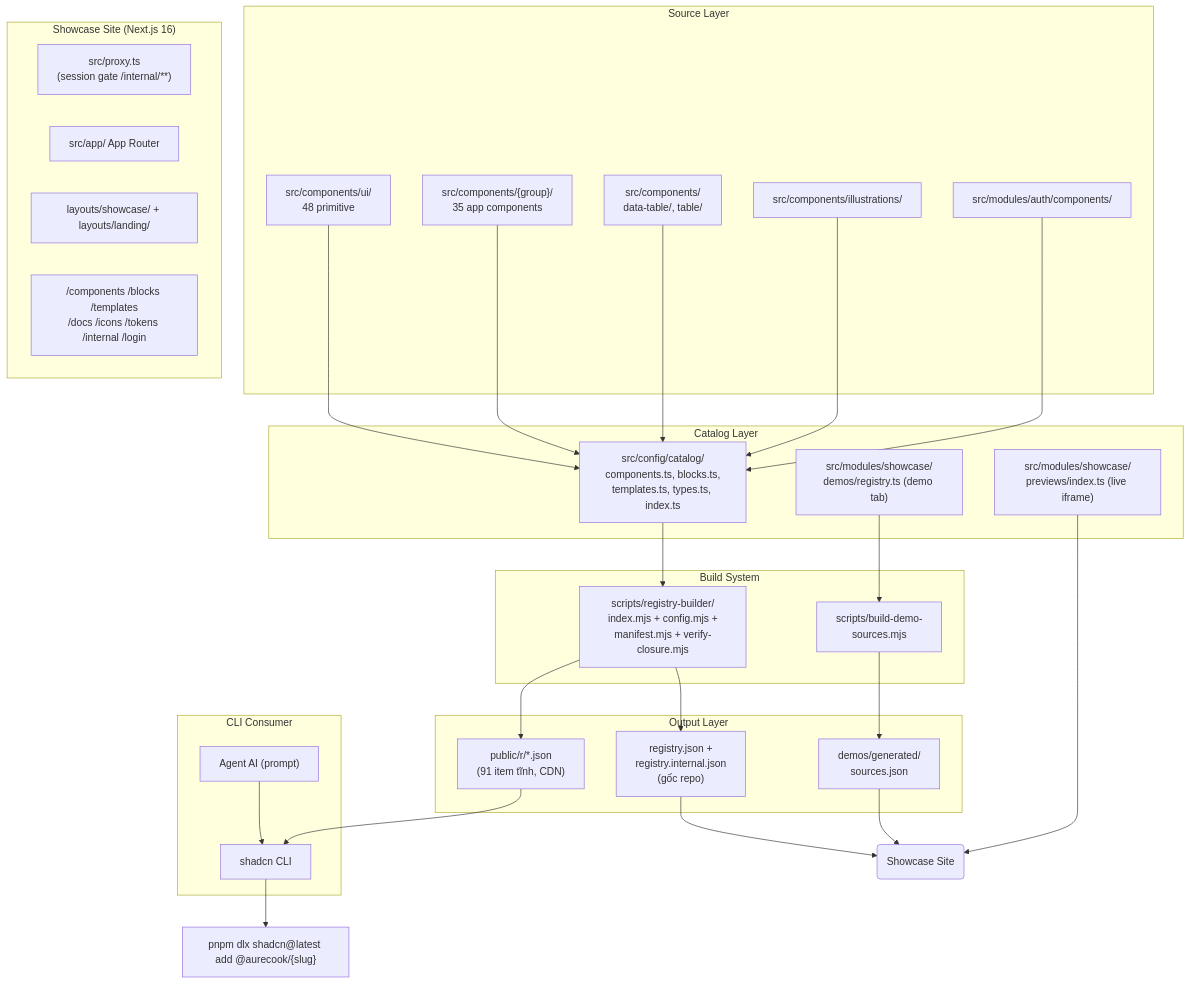
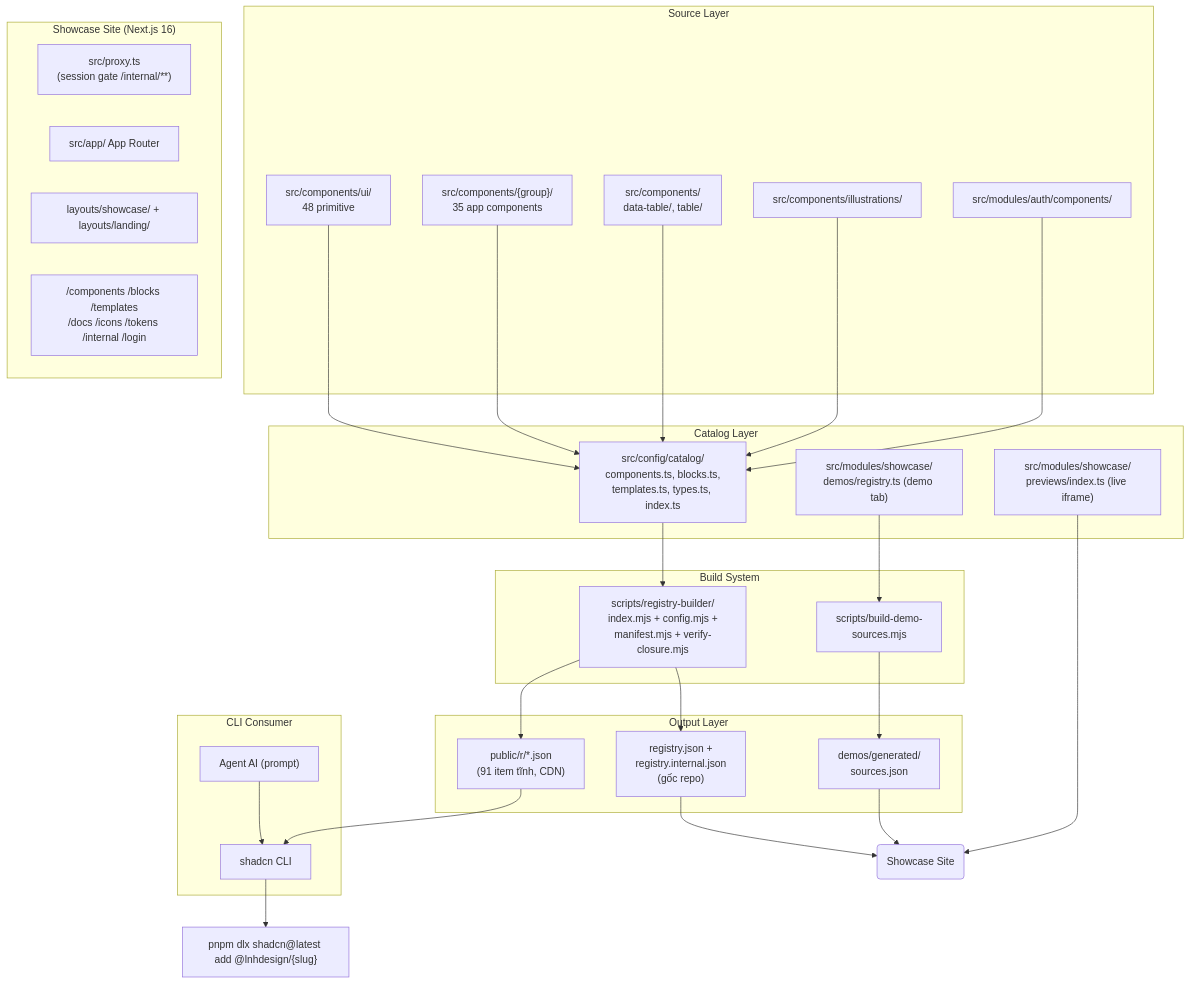
Before and after one commit to lelinh014756/Lnh-Design: the diagram in docs/system-architecture.md, drawn with Mermaid. The commit also changed other lines of this file and 80 other files, not shown here.

````diff
--- a/docs/system-architecture.md
+++ b/docs/system-architecture.md
@@ -21,59 +21,59 @@
 ```mermaid
 graph TB
     subgraph "Source Layer"
         Primitives["src/components/ui/\n48 primitive"]
         AppComponents["src/components/{group}/\n35 app components"]
         BlocksSrc["src/components/\ndata-table/, table/"]
         Illustrations["src/components/illustrations/"]
         AuthBlock["src/modules/auth/components/"]
     end
 
     subgraph "Catalog Layer"
         CatalogConfig["src/config/catalog/\ncomponents.ts, blocks.ts,\ntemplates.ts, types.ts, index.ts"]
         DemoRegistry["src/modules/showcase/\ndemos/registry.ts (demo tab)"]
         PreviewRegistry["src/modules/showcase/\npreviews/index.ts (live iframe)"]
     end
 
     subgraph "Build System"
         RegistryBuilder["scripts/registry-builder/\nindex.mjs + config.mjs +\nmanifest.mjs + verify-closure.mjs"]
         DemoBuilder["scripts/build-demo-\nsources.mjs"]
     end
 
     subgraph "Output Layer"
         PublicR["public/r/*.json\n(91 item tĩnh, CDN)"]
         RegistryJSON["registry.json +\nregistry.internal.json\n(gốc repo)"]
         DemoSources["demos/generated/\nsources.json"]
     end
 
     subgraph "Showcase Site (Next.js 16)"
         Proxy["src/proxy.ts\n(session gate /internal/**)"]
         AppRouter["src/app/ App Router"]
         Shell["layouts/showcase/ + layouts/landing/"]
         Pages["/components /blocks /templates\n/docs /icons /tokens /internal /login"]
     end
 
     subgraph "CLI Consumer"
         ShadcnCLI["shadcn CLI"]
         AgentAI["Agent AI (prompt)"]
     end
 
     Primitives --> CatalogConfig
     AppComponents --> CatalogConfig
     BlocksSrc --> CatalogConfig
     Illustrations --> CatalogConfig
     AuthBlock --> CatalogConfig
     CatalogConfig --> RegistryBuilder
     DemoRegistry --> DemoBuilder
 
     RegistryBuilder --> PublicR
     RegistryBuilder --> RegistryJSON
     DemoBuilder --> DemoSources
 
     PublicR --> ShadcnCLI
     RegistryJSON --> Showcase("Showcase Site")
     DemoSources --> Showcase
     PreviewRegistry --> Showcase
 
-    ShadcnCLI --> Install["pnpm dlx shadcn@latest add @aurecook/{slug}"]
+    ShadcnCLI --> Install["pnpm dlx shadcn@latest add @lnhdesign/{slug}"]
     AgentAI --> ShadcnCLI
 ```
````
